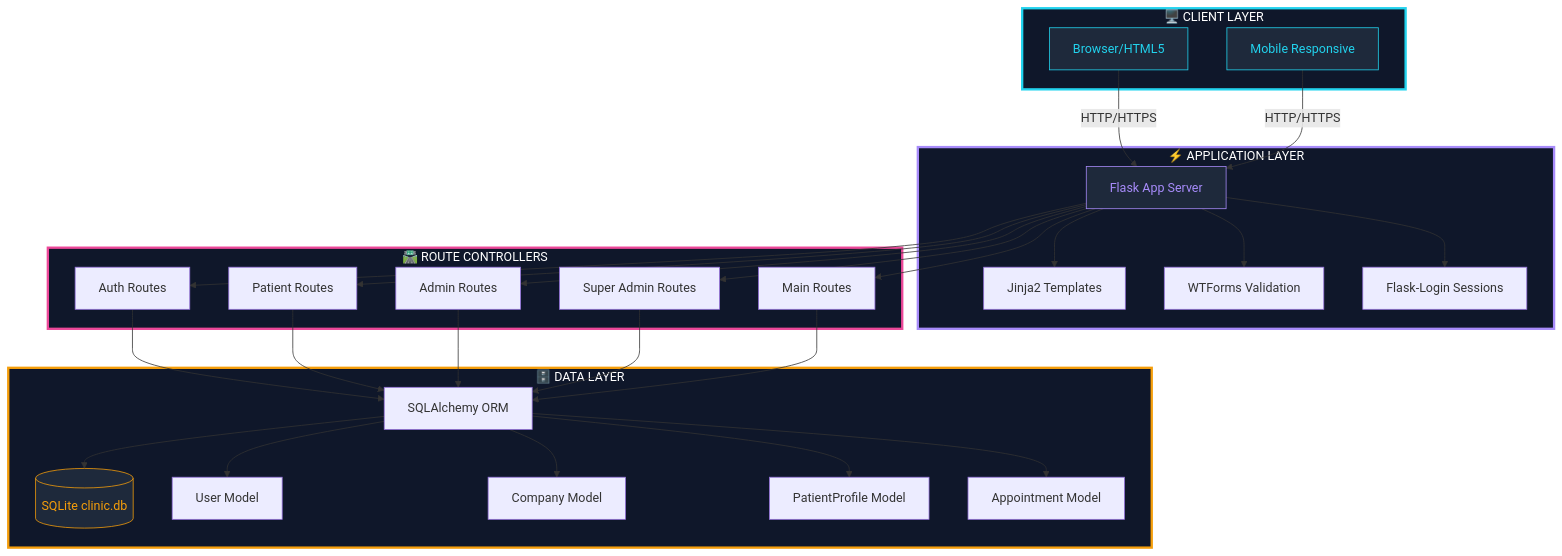
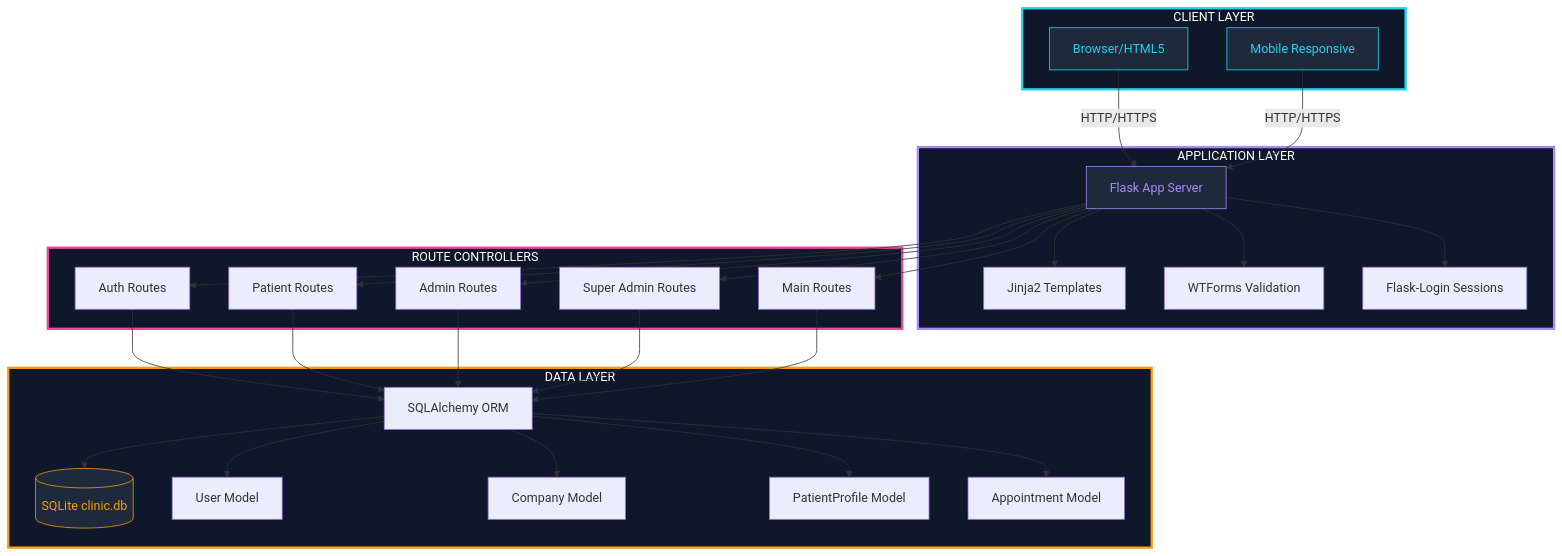
Before and after one commit to issu321/Clinic-Management-AI-Agents: the first of 4 diagrams in README.md, drawn with Mermaid. The commit also changed other lines of this file, not shown here.

````diff
--- a/README.md
+++ b/README.md
@@ -231,61 +221,61 @@
 ```mermaid
 graph TB
-    subgraph CLIENT["🖥️ CLIENT LAYER"]
+    subgraph CLIENT["CLIENT LAYER"]
         A[Browser/HTML5]
         B[Mobile Responsive]
     end
 
-    subgraph APPLICATION["⚡ APPLICATION LAYER"]
+    subgraph APPLICATION["APPLICATION LAYER"]
         C[Flask App Server]
         D[Jinja2 Templates]
         E[WTForms Validation]
         F[Flask-Login Sessions]
     end
 
-    subgraph ROUTES["🛣️ ROUTE CONTROLLERS"]
+    subgraph ROUTES["ROUTE CONTROLLERS"]
         G[Auth Routes]
         H[Patient Routes]
         I[Admin Routes]
         J[Super Admin Routes]
         K[Main Routes]
     end
 
-    subgraph DATA["🗄️ DATA LAYER"]
+    subgraph DATA["DATA LAYER"]
         L[(SQLite clinic.db)]
         M[SQLAlchemy ORM]
         N[User Model]
         O[Company Model]
         P[PatientProfile Model]
         Q[Appointment Model]
     end
 
     A -->|HTTP/HTTPS| C
     B -->|HTTP/HTTPS| C
     C --> D
     C --> E
     C --> F
     C --> G
     C --> H
     C --> I
     C --> J
     C --> K
     G --> M
     H --> M
     I --> M
     J --> M
     K --> M
     M --> L
     M --> N
     M --> O
     M --> P
     M --> Q
 
     style CLIENT fill:#0f172a,stroke:#22d3ee,stroke-width:3px,color:#fff
     style APPLICATION fill:#0f172a,stroke:#a78bfa,stroke-width:3px,color:#fff
     style ROUTES fill:#0f172a,stroke:#ec4899,stroke-width:3px,color:#fff
     style DATA fill:#0f172a,stroke:#f59e0b,stroke-width:3px,color:#fff
     style A fill:#1e293b,stroke:#22d3ee,color:#22d3ee
     style B fill:#1e293b,stroke:#22d3ee,color:#22d3ee
     style C fill:#1e293b,stroke:#a78bfa,color:#a78bfa
     style L fill:#1e293b,stroke:#f59e0b,color:#f59e0b
 ```
````
